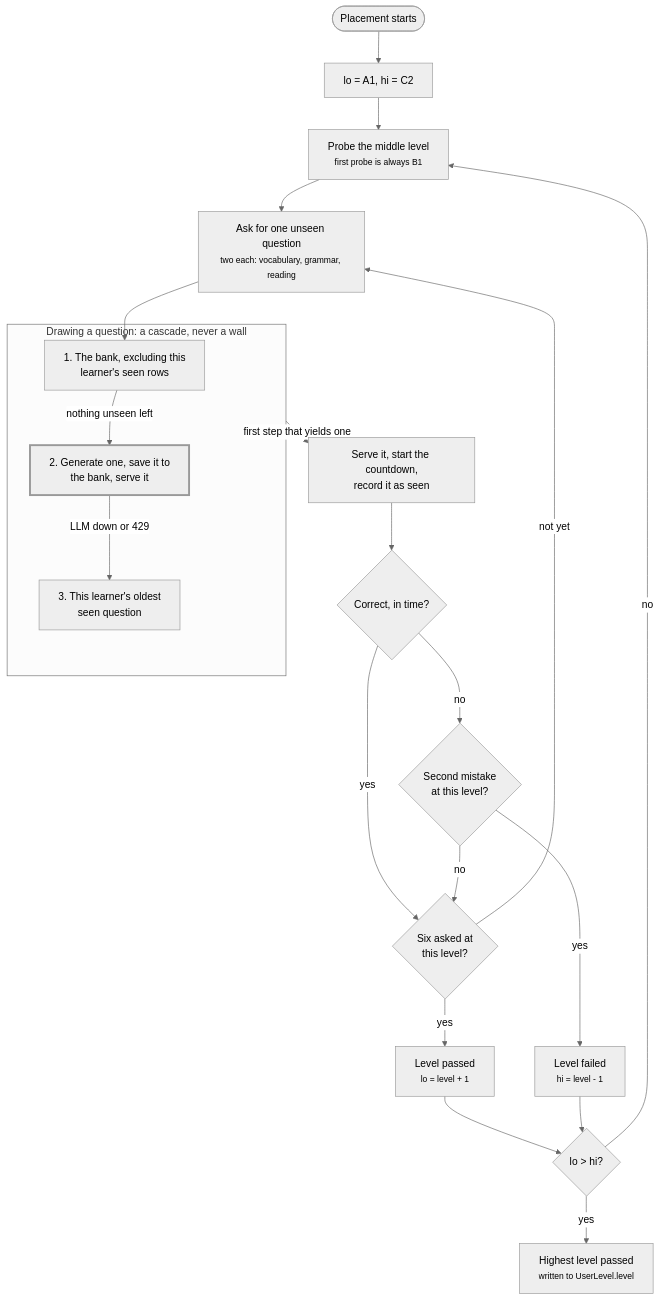
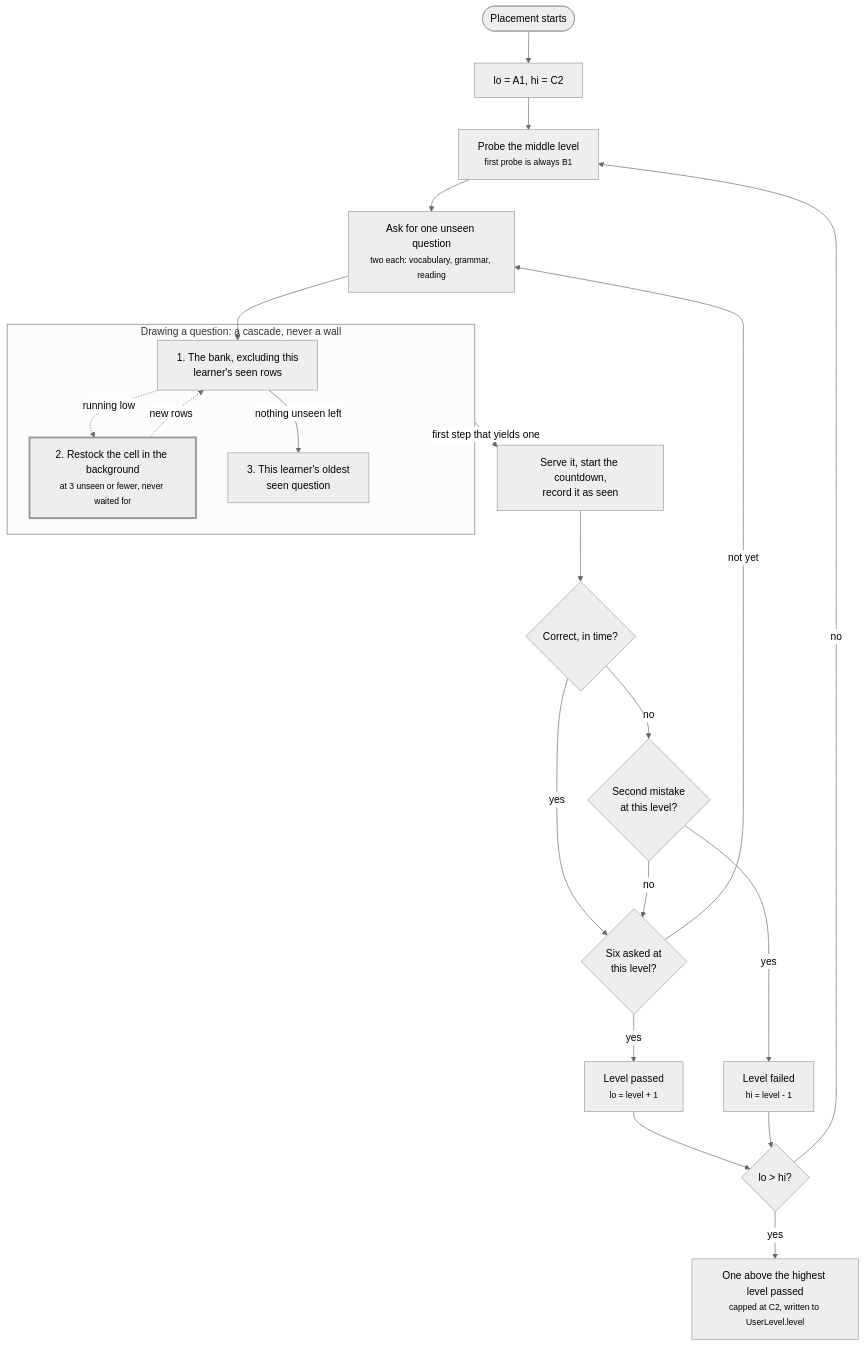
Before and after one commit to VictorBro/ft_transcendence: the first of 5 diagrams in docs/PRODUCT_ARCHITECTURE.md, drawn with Mermaid (neutral theme). The commit also changed other lines of this file and 90 other files, not shown here.

````diff
--- a/docs/PRODUCT_ARCHITECTURE.md
+++ b/docs/PRODUCT_ARCHITECTURE.md
@@ -120,31 +125,32 @@
 ```mermaid
 flowchart TD
     start(["Placement starts"]) --> bounds["lo = A1, hi = C2"]
     bounds --> probe["Probe the middle level<br/><small>first probe is always B1</small>"]
     probe --> draw["Ask for one unseen question<br/><small>two each: vocabulary, grammar, reading</small>"]
 
     subgraph cascade["Drawing a question: a cascade, never a wall"]
         bank["1. The bank, excluding this<br/>learner's seen rows"]
-        gen["2. Generate one, save it to<br/>the bank, serve it"]
+        gen["2. Restock the cell in the background<br/><small>at 3 unseen or fewer, never waited for</small>"]
         lru["3. This learner's oldest<br/>seen question"]
-        bank -- "nothing unseen left" --> gen
-        gen -- "LLM down or 429" --> lru
+        bank -. "running low" .-> gen
+        gen -. "new rows" .-> bank
+        bank -- "nothing unseen left" --> lru
     end
 
     draw --> bank
     cascade -- "first step that yields one" --> serve["Serve it, start the countdown,<br/>record it as seen"]
     serve --> judge{"Correct, in time?"}
     judge -- "yes" --> six{"Six asked at<br/>this level?"}
     judge -- "no" --> second{"Second mistake<br/>at this level?"}
     second -- "no" --> six
     second -- "yes" --> failed["Level failed<br/><small>hi = level - 1</small>"]
     six -- "not yet" --> draw
     six -- "yes" --> passed["Level passed<br/><small>lo = level + 1</small>"]
     passed --> over{"lo > hi?"}
     failed --> over
     over -- "no" --> probe
-    over -- "yes" --> result["Highest level passed<br/><small>written to UserLevel.level</small>"]
+    over -- "yes" --> result["One above the highest level passed<br/><small>capped at C2, written to UserLevel.level</small>"]
 
     classDef llm stroke-width:3px
     class gen llm
 ```
````
